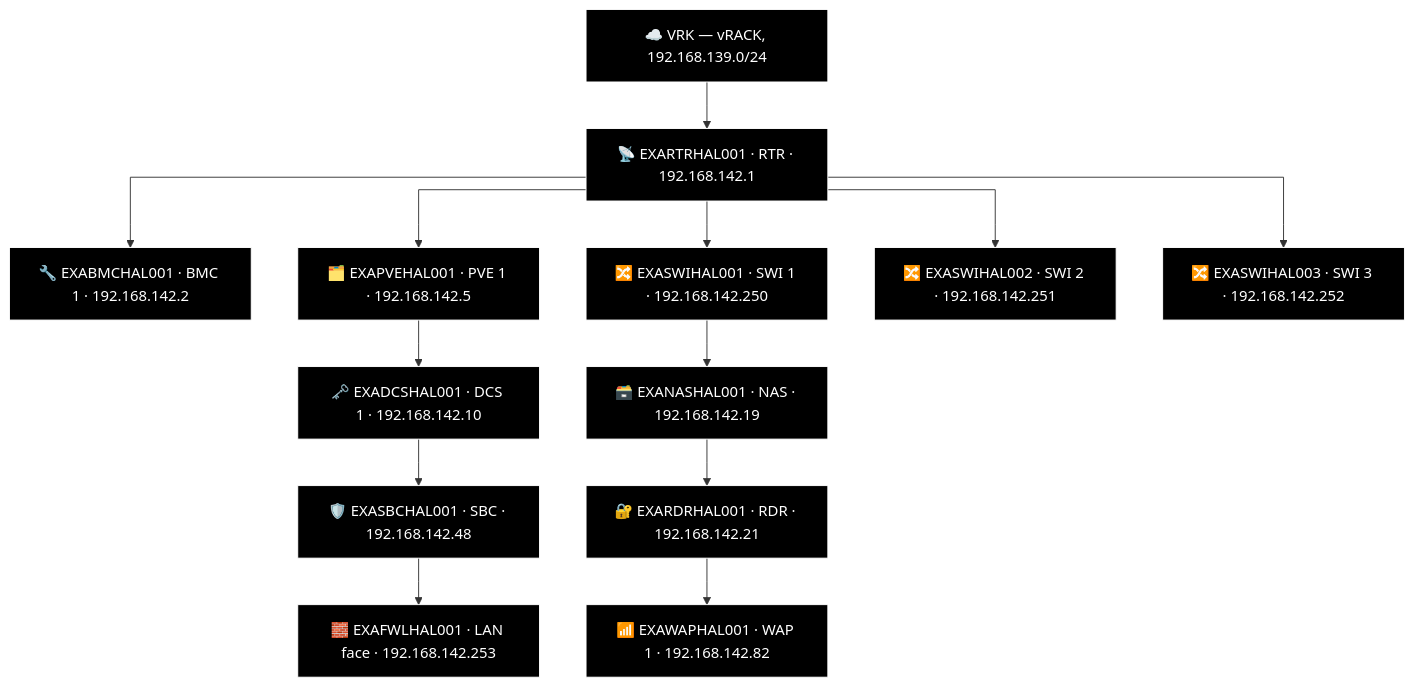
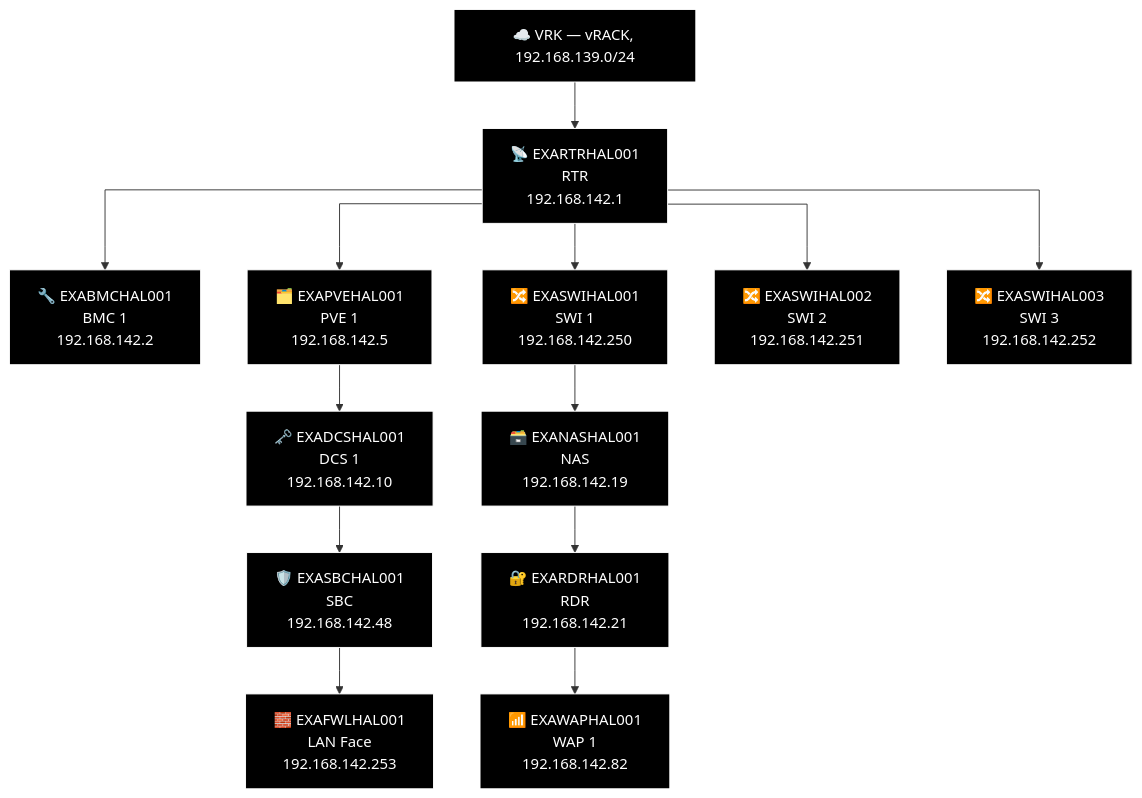
Diagram 14 of 18 in docs/network-diagram/england.md (knightmare2600/example_music_infra), drawn with Mermaid before and after one commit. The commit also changed other lines of this file and 18 other files, not shown here.

````diff
--- a/docs/network-diagram/england.md
+++ b/docs/network-diagram/england.md
@@ -591,40 +591,40 @@
 ```mermaid
 %% GENERATED:TOPOLOGY:HAL:START
 %%{init: {'flowchart': {'curve': 'stepAfter'}}}%%
 graph TD
     T_VRK["☁️ VRK — vRACK, 192.168.139.0/24"]
-    T_RTR["📡 EXARTRHAL001 · RTR · 192.168.142.1"]
+    T_RTR["📡 EXARTRHAL001<br/>RTR<br/>192.168.142.1"]
     T_VRK --> T_RTR
-    T_BMC["🔧 EXABMCHAL001 · BMC 1 · 192.168.142.2"]
+    T_BMC["🔧 EXABMCHAL001<br/>BMC 1<br/>192.168.142.2"]
     T_RTR --> T_BMC
-    T_PVE["🗂️ EXAPVEHAL001 · PVE 1 · 192.168.142.5"]
+    T_PVE["🗂️ EXAPVEHAL001<br/>PVE 1<br/>192.168.142.5"]
     T_RTR --> T_PVE
-    T_SWI["🔀 EXASWIHAL001 · SWI 1 · 192.168.142.250"]
+    T_SWI["🔀 EXASWIHAL001<br/>SWI 1<br/>192.168.142.250"]
     T_RTR --> T_SWI
-    T_SWI2["🔀 EXASWIHAL002 · SWI 2 · 192.168.142.251"]
+    T_SWI2["🔀 EXASWIHAL002<br/>SWI 2<br/>192.168.142.251"]
     T_RTR --> T_SWI2
-    T_SWI3["🔀 EXASWIHAL003 · SWI 3 · 192.168.142.252"]
+    T_SWI3["🔀 EXASWIHAL003<br/>SWI 3<br/>192.168.142.252"]
     T_RTR --> T_SWI3
-    T_NAS["🗃️ EXANASHAL001 · NAS · 192.168.142.19"]
-    T_RDR["🔐 EXARDRHAL001 · RDR · 192.168.142.21"]
-    T_WAP["📶 EXAWAPHAL001 · WAP 1 · 192.168.142.82"]
+    T_NAS["🗃️ EXANASHAL001<br/>NAS<br/>192.168.142.19"]
+    T_RDR["🔐 EXARDRHAL001<br/>RDR<br/>192.168.142.21"]
+    T_WAP["📶 EXAWAPHAL001<br/>WAP 1<br/>192.168.142.82"]
     T_SWI --> T_NAS --> T_RDR --> T_WAP
-    T_DCS["🗝️ EXADCSHAL001 · DCS 1 · 192.168.142.10"]
-    T_SBC["🛡️ EXASBCHAL001 · SBC · 192.168.142.48"]
-    T_FWL["🧱 EXAFWLHAL001 · LAN face · 192.168.142.253"]
+    T_DCS["🗝️ EXADCSHAL001<br/>DCS 1<br/>192.168.142.10"]
+    T_SBC["🛡️ EXASBCHAL001<br/>SBC<br/>192.168.142.48"]
+    T_FWL["🧱 EXAFWLHAL001<br/>LAN Face<br/>192.168.142.253"]
     T_PVE --> T_DCS --> T_SBC --> T_FWL
     style T_VRK fill:#000000,stroke:#FFFFFF,color:#FFFFFF
     style T_RTR fill:#000000,stroke:#FFFFFF,color:#FFFFFF
     style T_BMC fill:#000000,stroke:#FFFFFF,color:#FFFFFF
     style T_PVE fill:#000000,stroke:#FFFFFF,color:#FFFFFF
     style T_SWI fill:#000000,stroke:#FFFFFF,color:#FFFFFF
     style T_SWI2 fill:#000000,stroke:#FFFFFF,color:#FFFFFF
     style T_SWI3 fill:#000000,stroke:#FFFFFF,color:#FFFFFF
     style T_NAS fill:#000000,stroke:#FFFFFF,color:#FFFFFF
     style T_RDR fill:#000000,stroke:#FFFFFF,color:#FFFFFF
     style T_WAP fill:#000000,stroke:#FFFFFF,color:#FFFFFF
     style T_DCS fill:#000000,stroke:#FFFFFF,color:#FFFFFF
     style T_SBC fill:#000000,stroke:#FFFFFF,color:#FFFFFF
     style T_FWL fill:#000000,stroke:#FFFFFF,color:#FFFFFF
 %% GENERATED:TOPOLOGY:HAL:END
 ```
````
